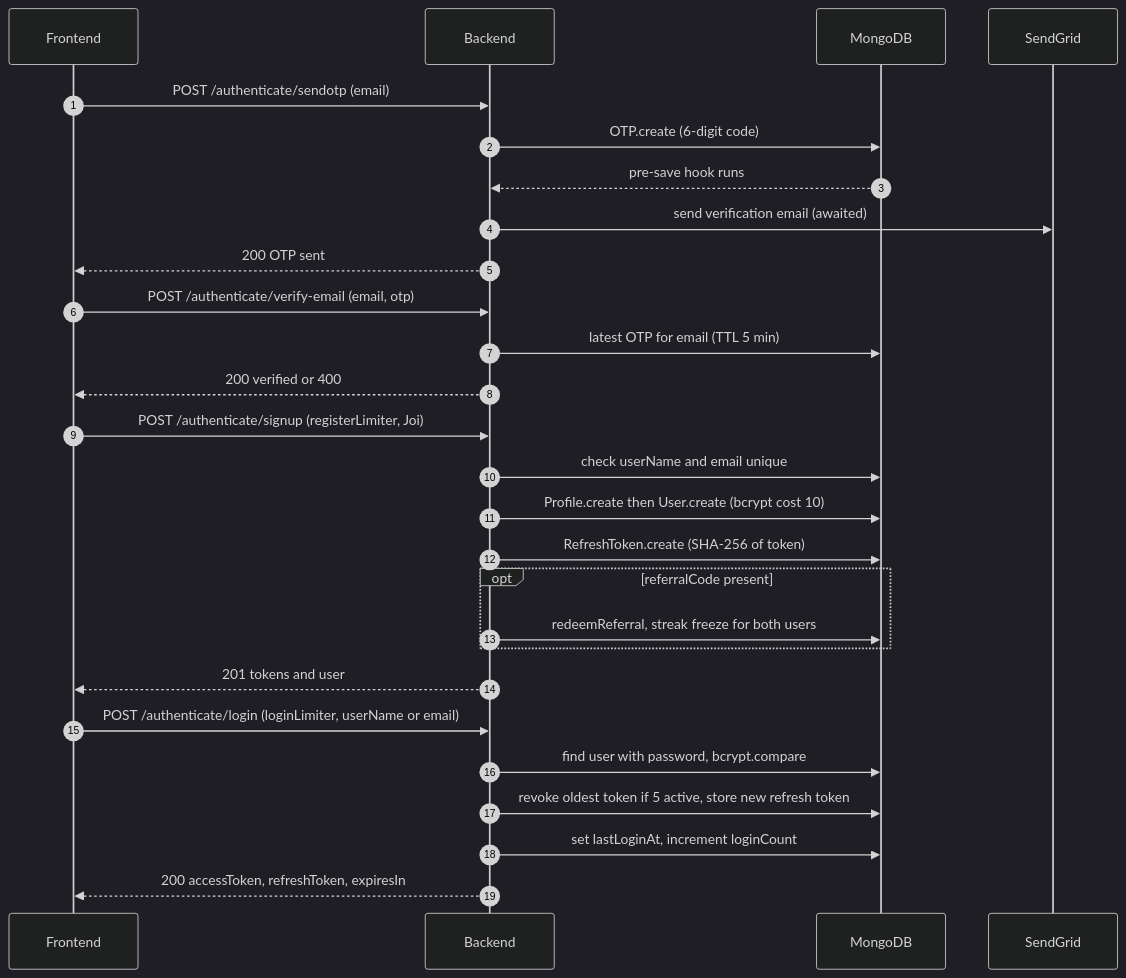
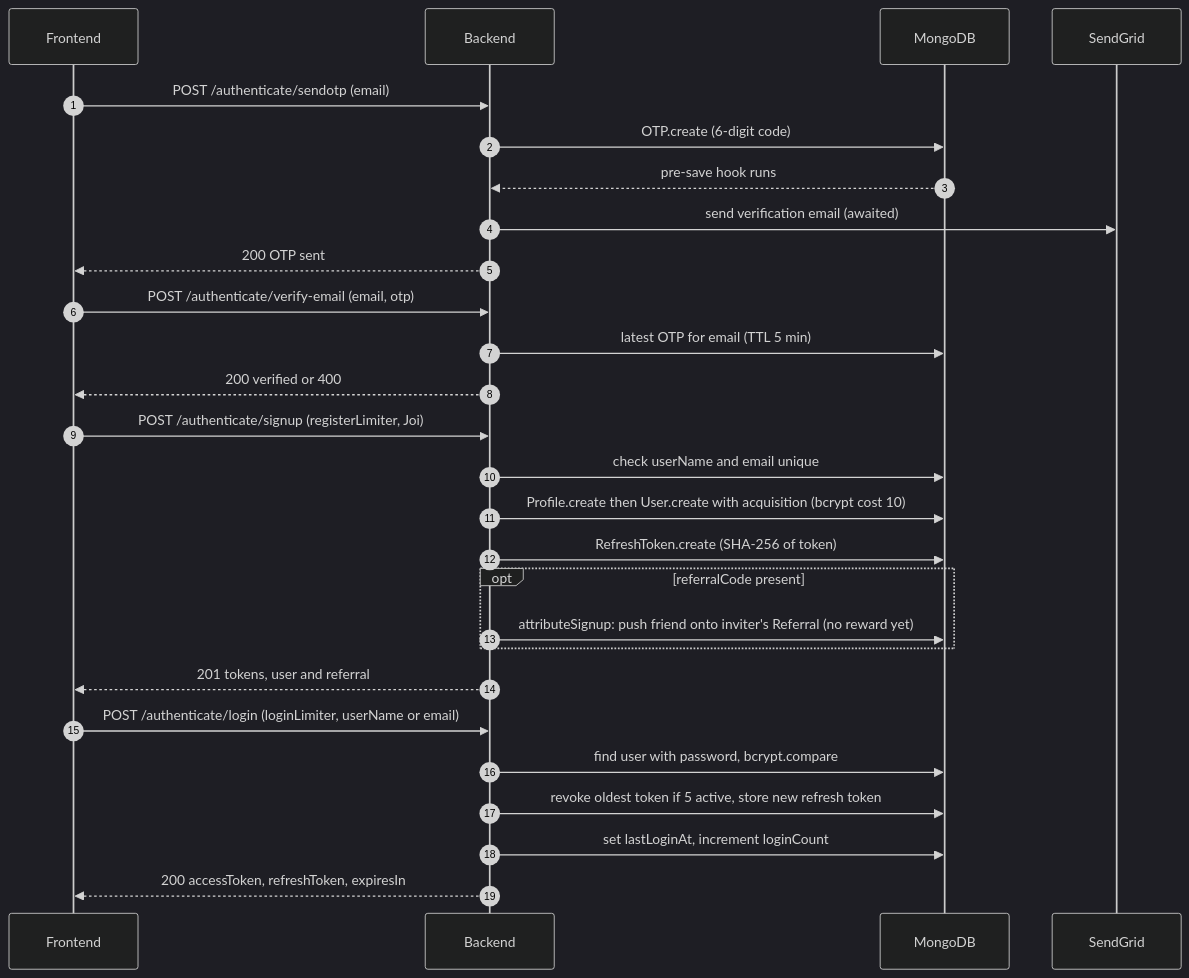
One commit to AskAide-AI/docs changed the sixth of 17 diagrams in docs/backend/lld.md. Above: the diagram before and after it, drawn with Mermaid (dark theme). The commit also changed other lines of this file and 46 other files, not shown here.

````diff
--- a/docs/backend/lld.md
+++ b/docs/backend/lld.md
@@ -592,29 +714,29 @@
 ```mermaid
 sequenceDiagram
     autonumber
     participant FE as Frontend
     participant BE as Backend
     participant DB as MongoDB
     participant SG as SendGrid
     FE->>BE: POST /authenticate/sendotp (email)
     BE->>DB: OTP.create (6-digit code)
     DB-->>BE: pre-save hook runs
     BE->>SG: send verification email (awaited)
     BE-->>FE: 200 OTP sent
     FE->>BE: POST /authenticate/verify-email (email, otp)
     BE->>DB: latest OTP for email (TTL 5 min)
     BE-->>FE: 200 verified or 400
     FE->>BE: POST /authenticate/signup (registerLimiter, Joi)
     BE->>DB: check userName and email unique
-    BE->>DB: Profile.create then User.create (bcrypt cost 10)
+    BE->>DB: Profile.create then User.create with acquisition (bcrypt cost 10)
     BE->>DB: RefreshToken.create (SHA-256 of token)
     opt referralCode present
-        BE->>DB: redeemReferral, streak freeze for both users
+        BE->>DB: attributeSignup: push friend onto inviter's Referral (no reward yet)
     end
-    BE-->>FE: 201 tokens and user
+    BE-->>FE: 201 tokens, user and referral
     FE->>BE: POST /authenticate/login (loginLimiter, userName or email)
     BE->>DB: find user with password, bcrypt.compare
     BE->>DB: revoke oldest token if 5 active, store new refresh token
     BE->>DB: set lastLoginAt, increment loginCount
     BE-->>FE: 200 accessToken, refreshToken, expiresIn
 ```
````
